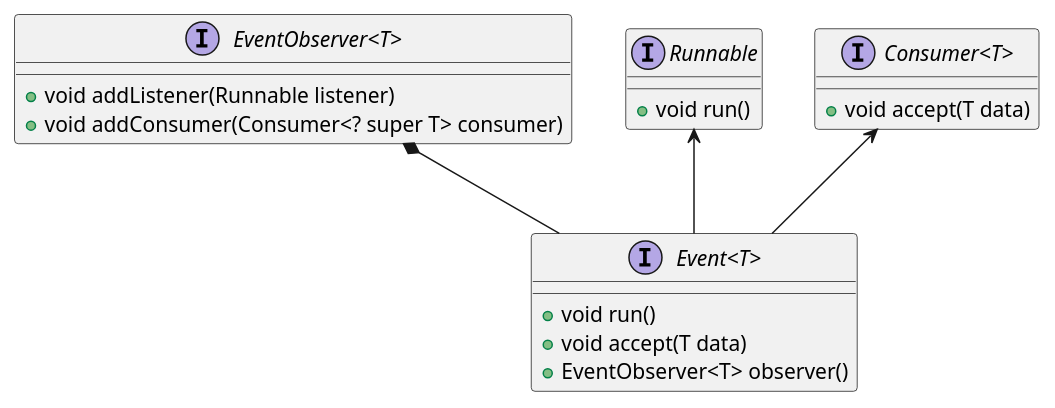
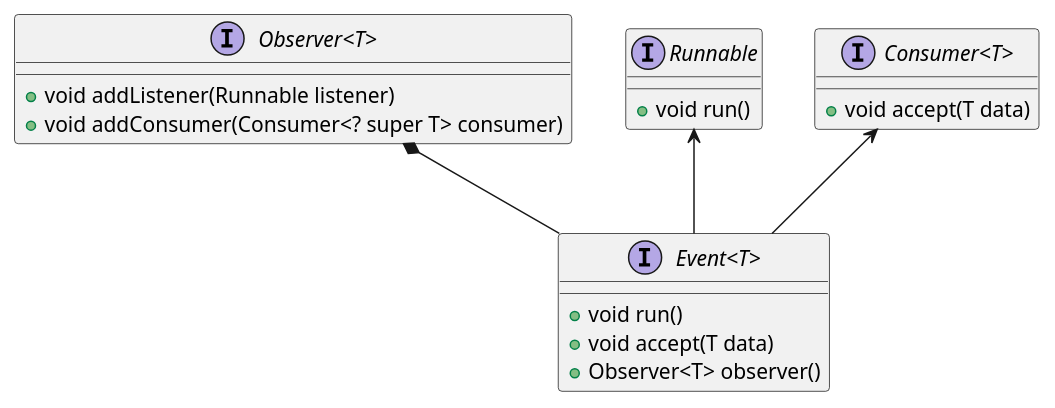
Before and after one commit to codion-is/codion: the first of 3 diagrams in documentation/src/docs/asciidoc/manual/common-core.adoc, drawn with PlantUML. The commit also changed other lines of this file and 54 other files, not shown here.

```diff
--- a/documentation/src/docs/asciidoc/manual/common-core.adoc
+++ b/documentation/src/docs/asciidoc/manual/common-core.adoc
@@ -12,27 +12,27 @@
 [plantuml,event-diagram,svg,align=center]
 -------------------------------------------
 skinparam genericDisplay old
 
 interface Event<T> {
     +void run()
     +void accept(T data)
-    +EventObserver<T> observer()
+    +Observer<T> observer()
 }
 
-interface EventObserver<T> {
+interface Observer<T> {
     +void addListener(Runnable listener)
     +void addConsumer(Consumer<? super T> consumer)
 }
 
 interface Runnable {
     + void run()
 }
 
 interface Consumer<T> {
     + void accept(T data)
 }
 
 Runnable <-- Event
 Consumer <-- Event
-EventObserver *-- Event
+Observer *-- Event
 -------------------------------------------
```
